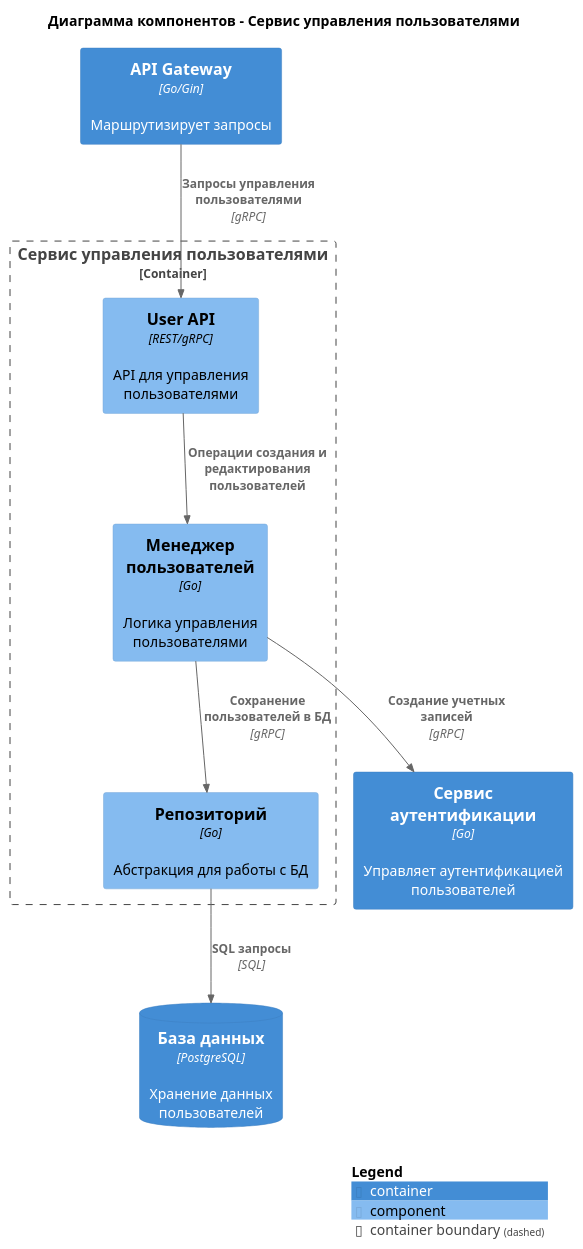
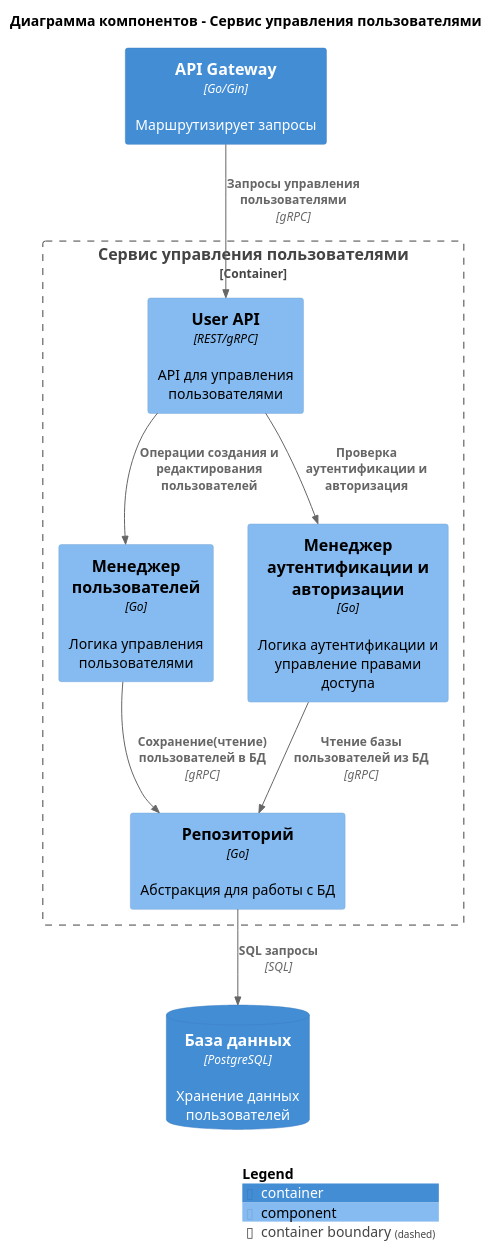
Before and after one commit to adilyas/architecture-warmhouse: the diagram in architecture/component-user-service.puml, drawn with PlantUML. The commit also changed 5 other files, not shown here.

```diff
--- a/architecture/component-user-service.puml
+++ b/architecture/component-user-service.puml
@@ -1,26 +1,27 @@
 @startuml C4_Component_UserService
 !include https://raw.githubusercontent.com/plantuml-stdlib/C4-PlantUML/master/C4_Component.puml
 
 title Диаграмма компонентов - Сервис управления пользователями
 
 Container(api_gateway, "API Gateway", "Go/Gin", "Маршрутизирует запросы")
-Container(auth_service, "Сервис аутентификации", "Go", "Управляет аутентификацией пользователей")
 ContainerDb(database, "База данных", "PostgreSQL", "Хранение данных пользователей")
 
 Container_Boundary(user_service, "Сервис управления пользователями") {
     Component(user_api, "User API", "REST/gRPC", "API для управления пользователями")
     Component(user_manager, "Менеджер пользователей", "Go", "Логика управления пользователями")
+    Component(auth_manager, "Менеджер аутентификации и авторизации", "Go", "Логика аутентификации и управление правами доступа")
     Component(data_access, "Репозиторий", "Go", "Абстракция для работы с БД")
 }
 
 Rel(api_gateway, user_api, "Запросы управления пользователями", "gRPC")
 
 Rel(user_api, user_manager, "Операции создания и редактирования пользователей", "")
+Rel(user_api, auth_manager, "Проверка аутентификации и авторизация", "")
 
-Rel(user_manager, auth_service, "Создание учетных записей", "gRPC")
-Rel(user_manager, data_access, "Сохранение пользователей в БД", "gRPC")
+Rel(user_manager, data_access, "Сохранение(чтение) пользователей в БД", "gRPC")
+Rel(auth_manager, data_access, "Чтение базы пользователей из БД", "gRPC")
 
 Rel(data_access, database, "SQL запросы", "SQL")
 
 SHOW_LEGEND()
 @enduml
```
